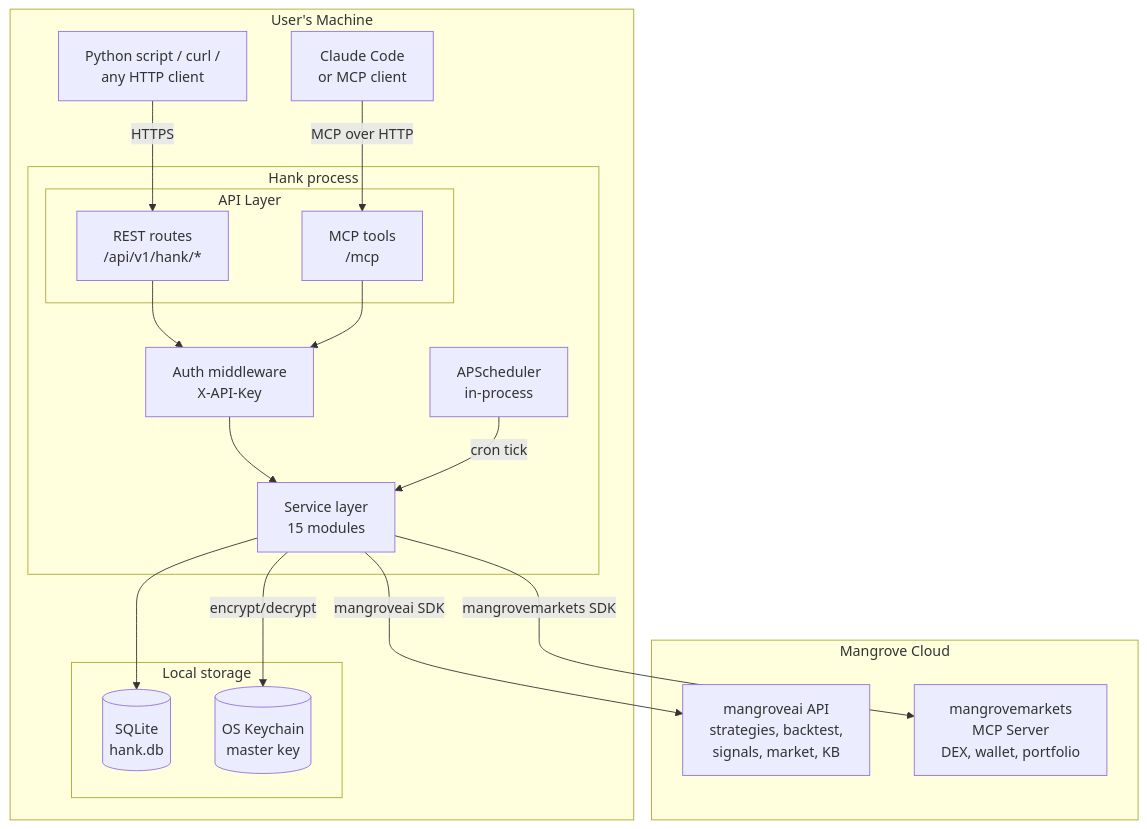
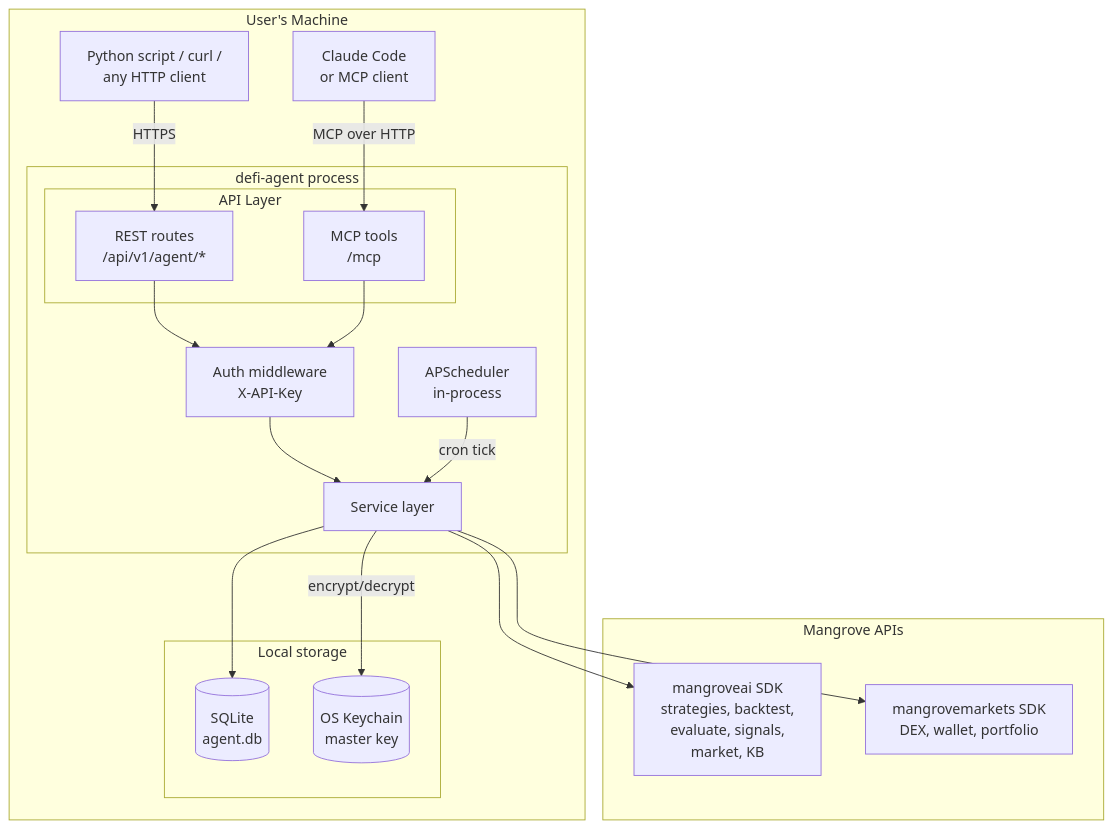
The first of 9 diagrams in docs/architecture.md (MangroveTechnologies/app-in-a-box), drawn with Mermaid before and after one commit. The commit also changed other lines of this file and 1 other file, not shown here.

First line of the commit message:
architecture + spec: kill Cloud Run, use SDK for eval, drop Hank, use template config

````diff
--- a/docs/architecture.md
+++ b/docs/architecture.md
@@ -20,38 +24,38 @@
 ```mermaid
 graph TB
     subgraph "User's Machine"
         ClaudeCode[Claude Code<br/>or MCP client]
         HTTPClient[Python script / curl /<br/>any HTTP client]
 
-        subgraph "Hank process"
+        subgraph "defi-agent process"
             subgraph "API Layer"
-                REST[REST routes<br/>/api/v1/hank/*]
+                REST[REST routes<br/>/api/v1/agent/*]
                 MCP[MCP tools<br/>/mcp]
             end
             AuthMW[Auth middleware<br/>X-API-Key]
-            Services[Service layer<br/>15 modules]
+            Services[Service layer]
             Scheduler[APScheduler<br/>in-process]
         end
 
         subgraph "Local storage"
-            SQLite[(SQLite<br/>hank.db)]
+            SQLite[(SQLite<br/>agent.db)]
             Keychain[(OS Keychain<br/>master key)]
         end
     end
 
-    subgraph "Mangrove Cloud"
-        MangroveAI[mangroveai API<br/>strategies, backtest,<br/>signals, market, KB]
-        MangroveMkts[mangrovemarkets<br/>MCP Server<br/>DEX, wallet, portfolio]
+    subgraph "Mangrove APIs"
+        MangroveAI[mangroveai SDK<br/>strategies, backtest,<br/>evaluate, signals,<br/>market, KB]
+        MangroveMkts[mangrovemarkets SDK<br/>DEX, wallet, portfolio]
     end
 
     ClaudeCode -->|MCP over HTTP| MCP
     HTTPClient -->|HTTPS| REST
     REST --> AuthMW
     MCP --> AuthMW
     AuthMW --> Services
     Scheduler -->|cron tick| Services
     Services --> SQLite
     Services -->|encrypt/decrypt| Keychain
-    Services -->|mangroveai SDK| MangroveAI
-    Services -->|mangrovemarkets SDK| MangroveMkts
+    Services --> MangroveAI
+    Services --> MangroveMkts
 ```
````
